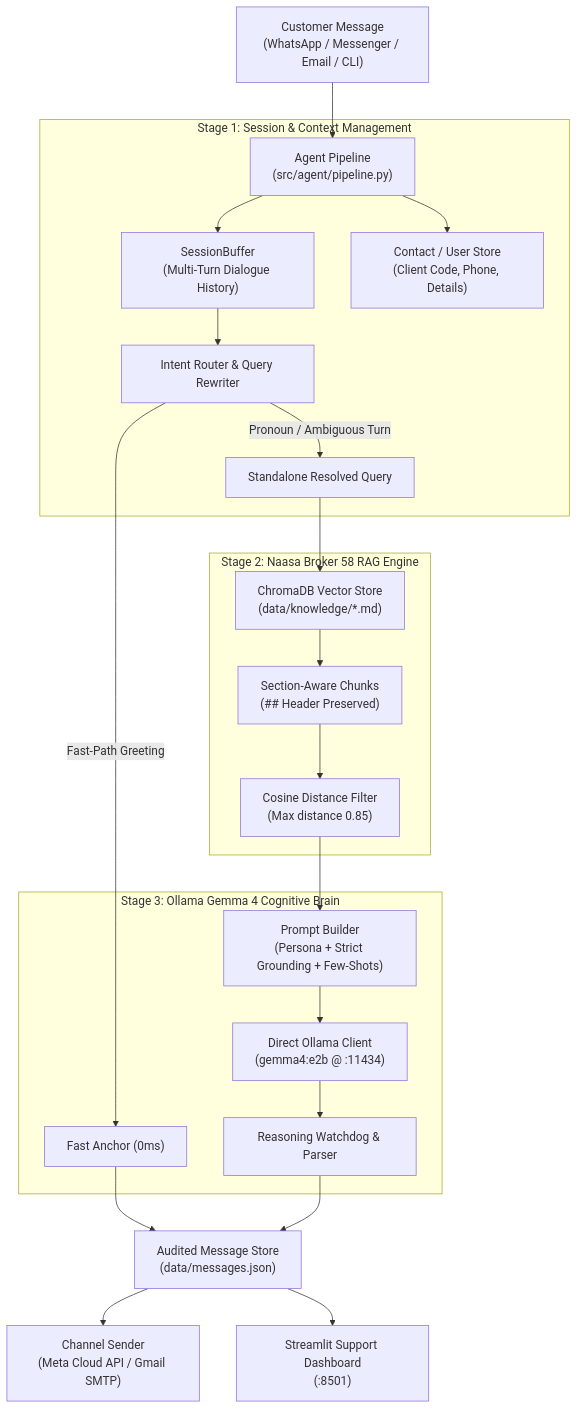
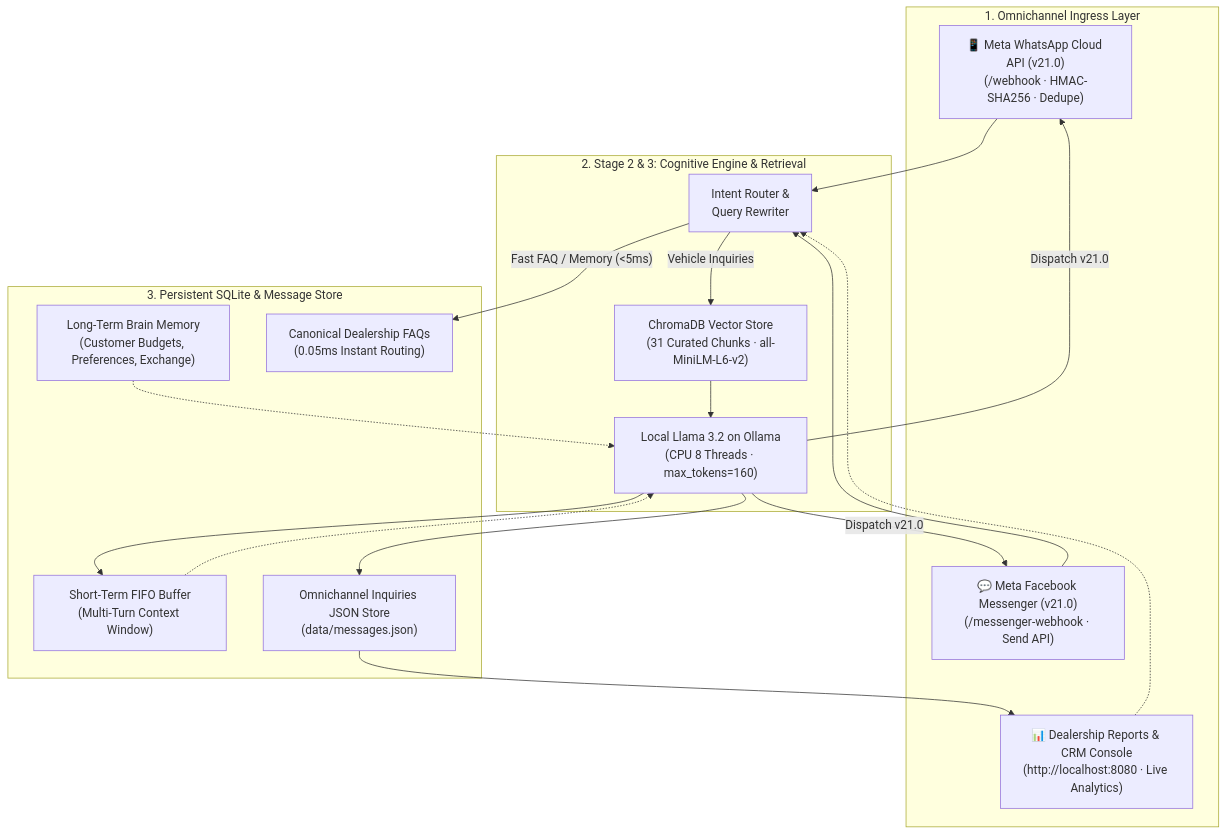
One commit to Nishchal-ll/Omnichannel-AI-Chatbot changed the diagram in README.md. Above: the diagram before and after it, drawn with Mermaid. The commit also changed other lines of this file, not shown here.

Commit message:
docs: comprehensive architecture and operational guide for Apex Auto Recondition Nepal

````diff
--- a/README.md
+++ b/README.md
@@ -13,29 +13,37 @@
 ```mermaid
 flowchart TD
-    A["Customer Message\n(WhatsApp / Messenger / Email / CLI)"] --> B["Agent Pipeline\n(src/agent/pipeline.py)"]
-    
-    subgraph S1 ["Stage 1: Session & Context Management"]
-        B --> C1["SessionBuffer\n(Multi-Turn Dialogue History)"]
-        B --> C2["Contact / User Store\n(Client Code, Phone, Details)"]
-        C1 --> C3["Intent Router & Query Rewriter"]
-        C3 -->|"Pronoun / Ambiguous Turn"| C4["Standalone Resolved Query"]
+    subgraph INGRESS["1. Omnichannel Ingress Layer"]
+        WA["📱 Meta WhatsApp Cloud API (v21.0)\n(/webhook · HMAC-SHA256 · Dedupe)"]
+        FB["💬 Meta Facebook Messenger (v21.0)\n(/messenger-webhook · Send API)"]
+        DASH["📊 Dealership Reports & CRM Console\n(http://localhost:8080 · Live Analytics)"]
     end
-    
-    subgraph S2 ["Stage 2: Naasa Broker 58 RAG Engine"]
-        C4 --> D1["ChromaDB Vector Store\n(data/knowledge/*.md)"]
-        D1 --> D2["Section-Aware Chunks\n(## Header Preserved)"]
-        D2 --> D3["Cosine Distance Filter\n(Max distance 0.85)"]
+
+    subgraph BRAIN["2. Stage 2 & 3: Cognitive Engine & Retrieval"]
+        ROUTER["Intent Router &\nQuery Rewriter"]
+        CHROMA["ChromaDB Vector Store\n(31 Curated Chunks · all-MiniLM-L6-v2)"]
+        LLM["Local Llama 3.2 on Ollama\n(CPU 8 Threads · max_tokens=160)"]
     end
-    
-    subgraph S3 ["Stage 3: Ollama Gemma 4 Cognitive Brain"]
-        C3 -->|"Fast-Path Greeting"| E1["Fast Anchor (0ms)"]
-        D3 --> E2["Prompt Builder\n(Persona + Strict Grounding + Few-Shots)"]
-        E2 --> E3["Direct Ollama Client\n(gemma4:e2b @ :11434)"]
-        E3 --> E4["Reasoning Watchdog & Parser"]
+
+    subgraph STORAGE["3. Persistent SQLite & Message Store"]
+        SESS["Short-Term FIFO Buffer\n(Multi-Turn Context Window)"]
+        MEM["Long-Term Brain Memory\n(Customer Budgets, Preferences, Exchange)"]
+        FAQ["Canonical Dealership FAQs\n(0.05ms Instant Routing)"]
+        LOGS["Omnichannel Inquiries JSON Store\n(data/messages.json)"]
     end
-    
-    E1 --> F["Audited Message Store\n(data/messages.json)"]
-    E4 --> F
-    F --> G["Channel Sender\n(Meta Cloud API / Gmail SMTP)"]
-    F --> H["Streamlit Support Dashboard\n(:8501)"]
+
+    WA --> ROUTER
+    FB --> ROUTER
+    DASH -.-> ROUTER
+
+    ROUTER -->|"Fast FAQ / Memory (<5ms)"| FAQ
+    ROUTER -->|"Vehicle Inquiries"| CHROMA
+    CHROMA --> LLM
+    MEM -.-> LLM
+    SESS -.-> LLM
+
+    LLM --> SESS
+    LLM --> LOGS
+    LLM -->|"Dispatch v21.0"| WA
+    LLM -->|"Dispatch v21.0"| FB
+    LOGS --> DASH
 ```
````
